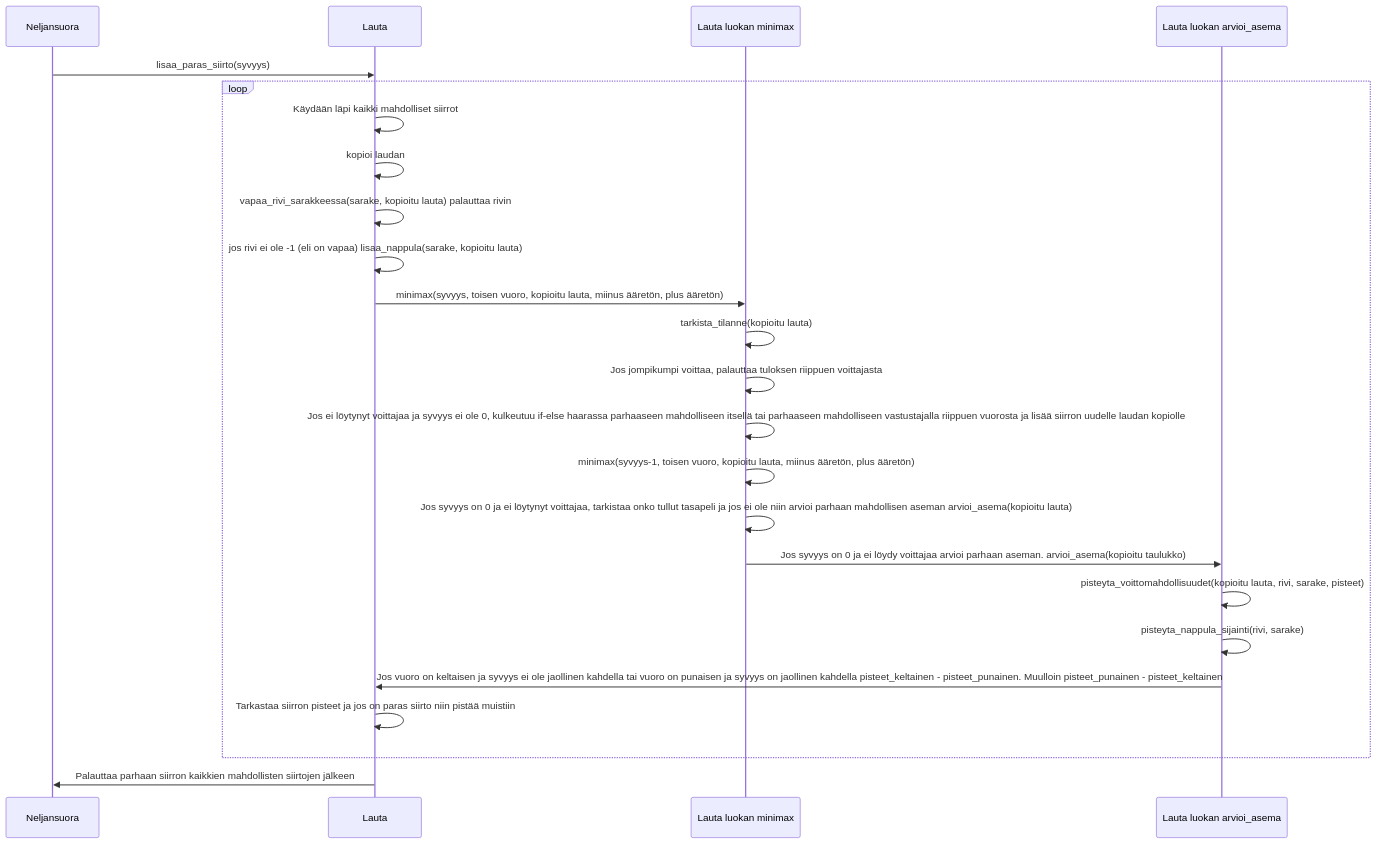
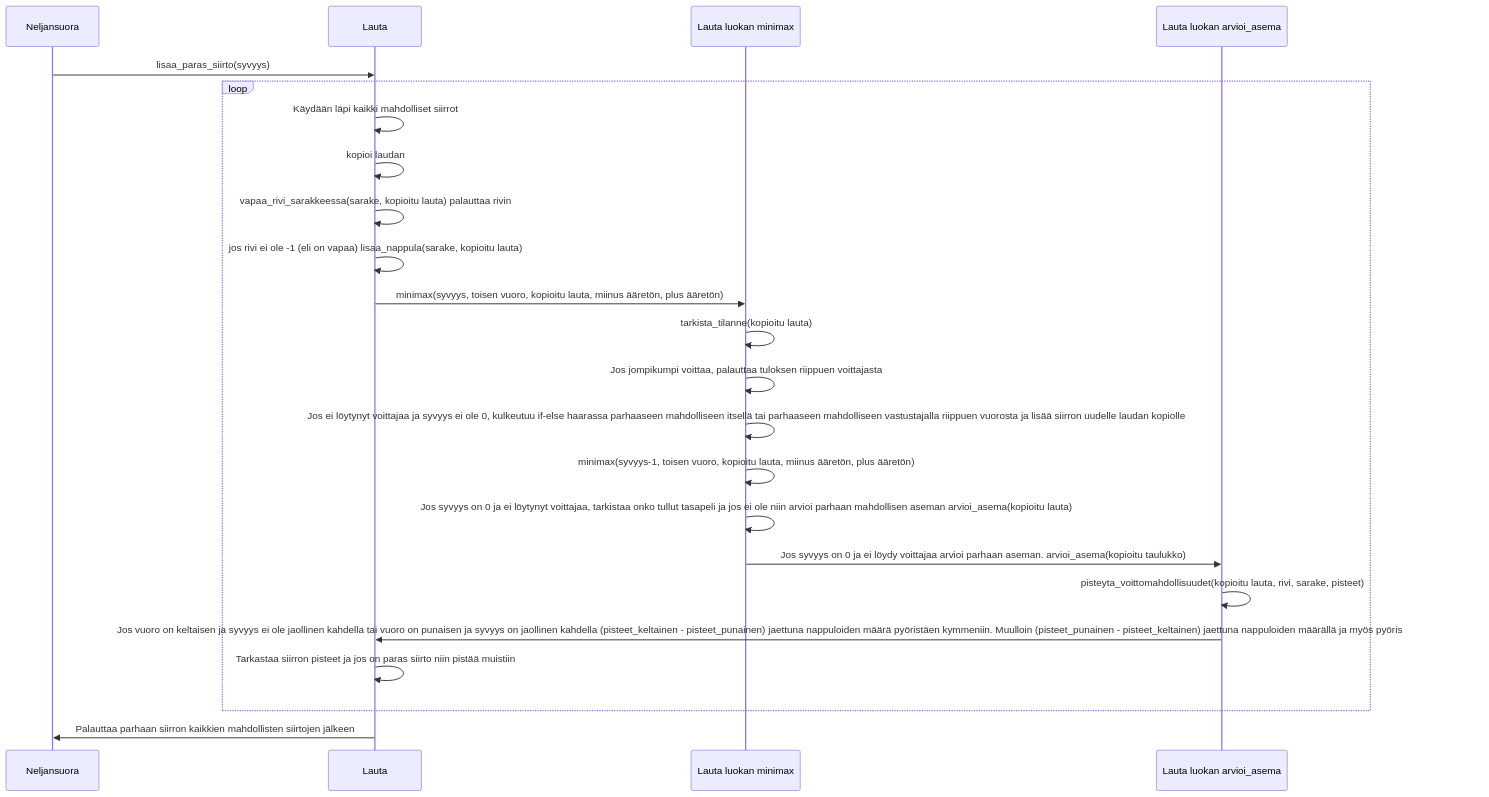
The third of 3 diagrams in Dokumentaatio/toteutusdokumentti.md (TatuSorjonen/Neljansuora), drawn with Mermaid before and after one commit.

````diff
--- a/Dokumentaatio/toteutusdokumentti.md
+++ b/Dokumentaatio/toteutusdokumentti.md
@@ -81,26 +81,25 @@
 ```mermaid
 sequenceDiagram
   participant Neljansuora
   participant Lauta
   participant Lauta luokan minimax
   participant Lauta luokan arvioi_asema
   Neljansuora->> Lauta: lisaa_paras_siirto(syvyys)
   loop
   Lauta->> Lauta: Käydään läpi kaikki mahdolliset siirrot
   Lauta->> Lauta: kopioi laudan
   Lauta->> Lauta: vapaa_rivi_sarakkeessa(sarake, kopioitu lauta) palauttaa rivin
   Lauta->> Lauta: jos rivi ei ole -1 (eli on vapaa) lisaa_nappula(sarake, kopioitu lauta)
   Lauta->> Lauta luokan minimax: minimax(syvyys, toisen vuoro, kopioitu lauta, miinus ääretön, plus ääretön)
   Lauta luokan minimax->> Lauta luokan minimax: tarkista_tilanne(kopioitu lauta)
   Lauta luokan minimax->> Lauta luokan minimax: Jos jompikumpi voittaa, palauttaa tuloksen riippuen voittajasta
   Lauta luokan minimax->> Lauta luokan minimax: Jos ei löytynyt voittajaa ja syvyys ei ole 0, kulkeutuu if-else haarassa parhaaseen mahdolliseen itsellä tai parhaaseen mahdolliseen vastustajalla riippuen vuorosta ja lisää siirron uudelle laudan kopiolle
   Lauta luokan minimax->> Lauta luokan minimax: minimax(syvyys-1, toisen vuoro, kopioitu lauta, miinus ääretön, plus ääretön)
   Lauta luokan minimax->> Lauta luokan minimax: Jos syvyys on 0 ja ei löytynyt voittajaa, tarkistaa onko tullut tasapeli ja jos ei ole niin arvioi parhaan mahdollisen aseman arvioi_asema(kopioitu lauta)
   Lauta luokan minimax->> Lauta luokan arvioi_asema: Jos syvyys on 0 ja ei löydy voittajaa arvioi parhaan aseman. arvioi_asema(kopioitu taulukko)
   Lauta luokan arvioi_asema->> Lauta luokan arvioi_asema: pisteyta_voittomahdollisuudet(kopioitu lauta, rivi, sarake, pisteet)
-  Lauta luokan arvioi_asema->> Lauta luokan arvioi_asema: pisteyta_nappula_sijainti(rivi, sarake)
-  Lauta luokan arvioi_asema->> Lauta: Jos vuoro on keltaisen ja syvyys ei ole jaollinen kahdella tai vuoro on punaisen ja syvyys on jaollinen kahdella pisteet_keltainen - pisteet_punainen. Muulloin pisteet_punainen - pisteet_keltainen
+  Lauta luokan arvioi_asema->> Lauta: Jos vuoro on keltaisen ja syvyys ei ole jaollinen kahdella tai vuoro on punaisen ja syvyys on jaollinen kahdella (pisteet_keltainen - pisteet_punainen) jaettuna nappuloiden määrä pyöristäen kymmeniin. Muulloin (pisteet_punainen - pisteet_keltainen) jaettuna nappuloiden määrällä ja myös pyöristettynä kymmeniin
   Lauta->> Lauta: Tarkastaa siirron pisteet ja jos on paras siirto niin pistää muistiin
   end
   Lauta->> Neljansuora: Palauttaa parhaan siirron kaikkien mahdollisten siirtojen jälkeen
 ```
````
